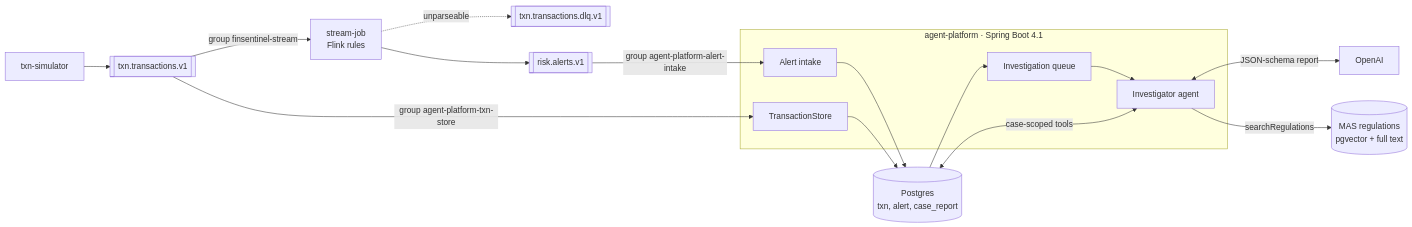
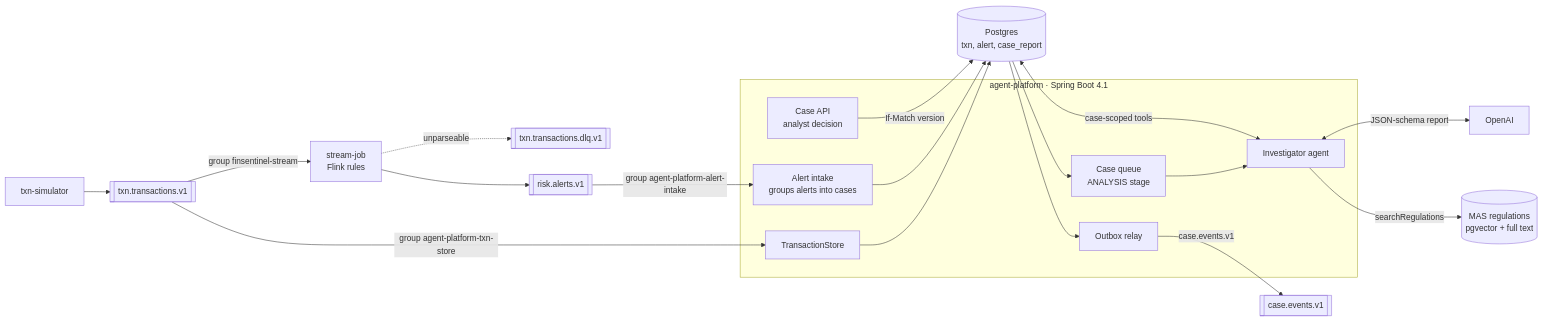
Before and after one commit to hongming-github/finsentinel: the diagram in README.md, drawn with Mermaid. The commit also changed other lines of this file and 51 other files, not shown here.

````diff
--- a/README.md
+++ b/README.md
@@ -9,21 +9,25 @@
 ```mermaid
 flowchart LR
     SIM[txn-simulator] --> TX[[txn.transactions.v1]]
     TX -->|group finsentinel-stream| F[stream-job<br/>Flink rules]
     F -.->|unparseable| DLQ[[txn.transactions.dlq.v1]]
     F --> AL[[risk.alerts.v1]]
     subgraph P [agent-platform · Spring Boot 4.1]
         TS[TransactionStore]
-        AI[Alert intake]
-        Q[Investigation queue]
+        AI[Alert intake<br/>groups alerts into cases]
+        Q[Case queue<br/>ANALYSIS stage]
         AG[Investigator agent]
+        API[Case API<br/>analyst decision]
+        OB[Outbox relay]
     end
     TX -->|group agent-platform-txn-store| TS
     AL -->|group agent-platform-alert-intake| AI
     TS --> PG[(Postgres<br/>txn, alert, case_report)]
     AI --> PG
     PG --> Q --> AG
+    API -->|If-Match version| PG
+    PG --> OB -->|case.events.v1| K2[[case.events.v1]]
     AG <-->|case-scoped tools| PG
     AG <-->|JSON-schema report| LLM[OpenAI]
     AG -->|searchRegulations| KB[(MAS regulations<br/>pgvector + full text)]
 ```
````
